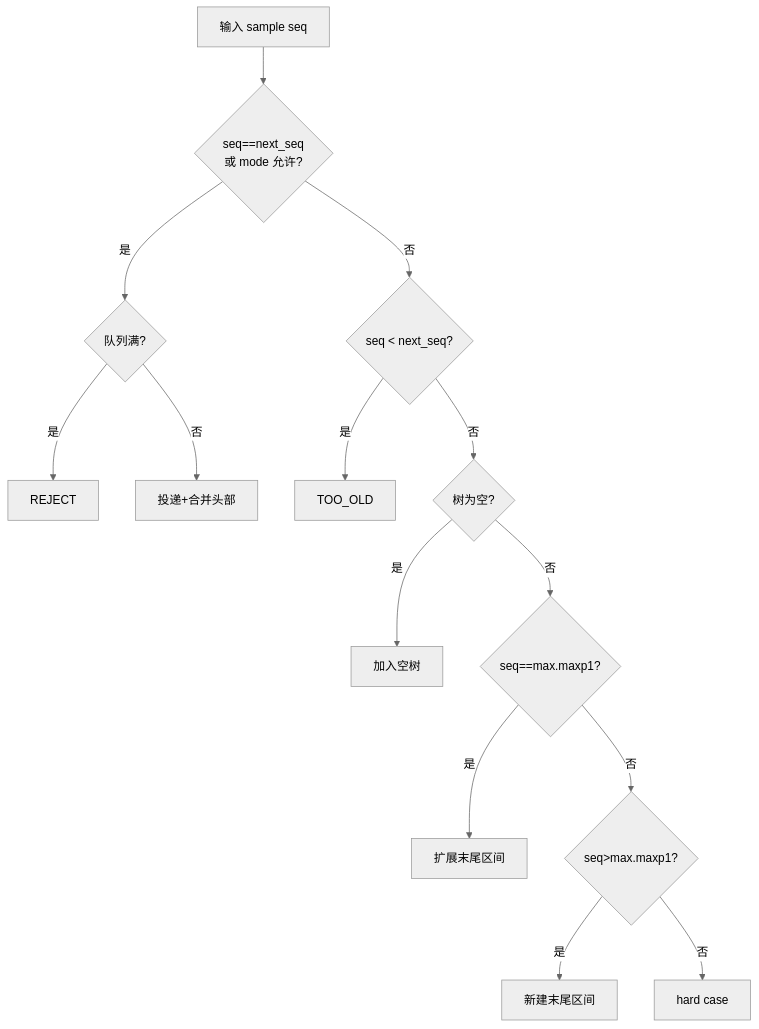
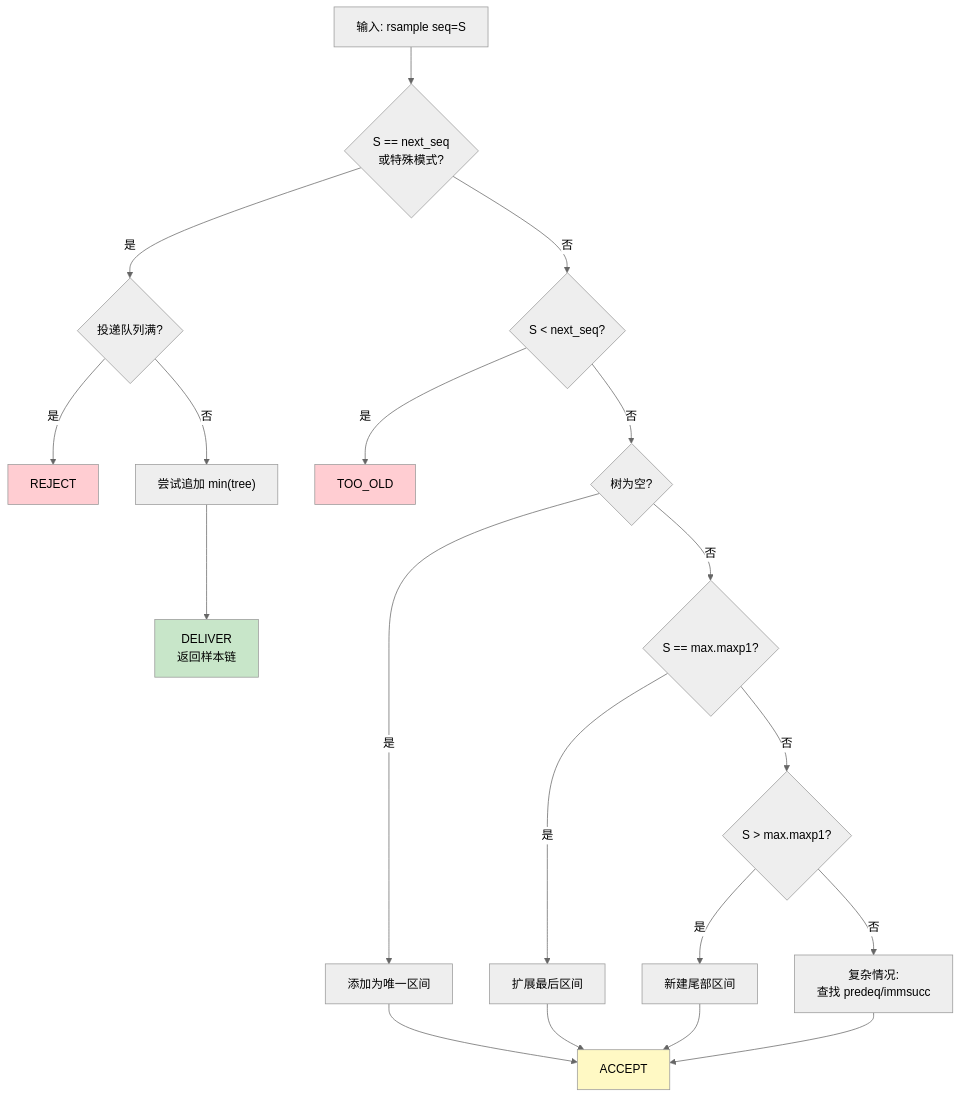
Before and after one commit to Learner-Geek-Perfectionist/Cyclone-DDS-Study: the third of 3 diagrams in study/rbuf-memory-model/04-reorder.md, drawn with Mermaid (neutral theme). The commit also changed other lines of this file and 1514 other files, not shown here.

````diff
--- a/study/rbuf-memory-model/04-reorder.md
+++ b/study/rbuf-memory-model/04-reorder.md
@@ -205,16 +102,33 @@
 ```mermaid
 graph TD
-  START["输入 sample seq"] --> CHK1{"seq==next_seq<br/>或 mode 允许?"}
-  CHK1 -->|是| QFULL{"队列满?"}
-  QFULL -->|是| REJ1["REJECT"]
-  QFULL -->|否| DELIVER["投递+合并头部"]
-  CHK1 -->|否| CHK2{"seq < next_seq?"}
-  CHK2 -->|是| OLD["TOO_OLD"]
-  CHK2 -->|否| CHK3{"树为空?"}
-  CHK3 -->|是| ADD_EMPTY["加入空树"]
-  CHK3 -->|否| CHK4{"seq==max.maxp1?"}
-  CHK4 -->|是| GROW_LAST["扩展末尾区间"]
-  CHK4 -->|否| CHK5{"seq>max.maxp1?"}
-  CHK5 -->|是| NEW_END["新建末尾区间"]
-  CHK5 -->|否| HARD["hard case"]
+    Start["输入: rsample seq=S"] --> Check1{"S == next_seq<br/>或特殊模式?"}
+
+    Check1 -->|"是"| DQFull{"投递队列满?"}
+    DQFull -->|"是"| Reject["REJECT"]
+    DQFull -->|"否"| TryAppend["尝试追加 min(tree)"]
+    TryAppend --> Deliver["DELIVER<br/>返回样本链"]
+
+    Check1 -->|"否"| Check2{"S < next_seq?"}
+    Check2 -->|"是"| TooOld["TOO_OLD"]
+
+    Check2 -->|"否"| Check3{"树为空?"}
+    Check3 -->|"是"| AddFirst["添加为唯一区间"]
+
+    Check3 -->|"否"| Check4{"S == max.maxp1?"}
+    Check4 -->|"是"| GrowLast["扩展最后区间"]
+
+    Check4 -->|"否"| Check5{"S > max.maxp1?"}
+    Check5 -->|"是"| NewInterval["新建尾部区间"]
+
+    Check5 -->|"否"| HardCase["复杂情况:<br/>查找 predeq/immsucc"]
+
+    AddFirst --> Accept["ACCEPT"]
+    GrowLast --> Accept
+    NewInterval --> Accept
+    HardCase --> Accept
+
+    style Deliver fill:#c8e6c9
+    style Reject fill:#ffcdd2
+    style TooOld fill:#ffcdd2
+    style Accept fill:#fff9c4
 ```
````
